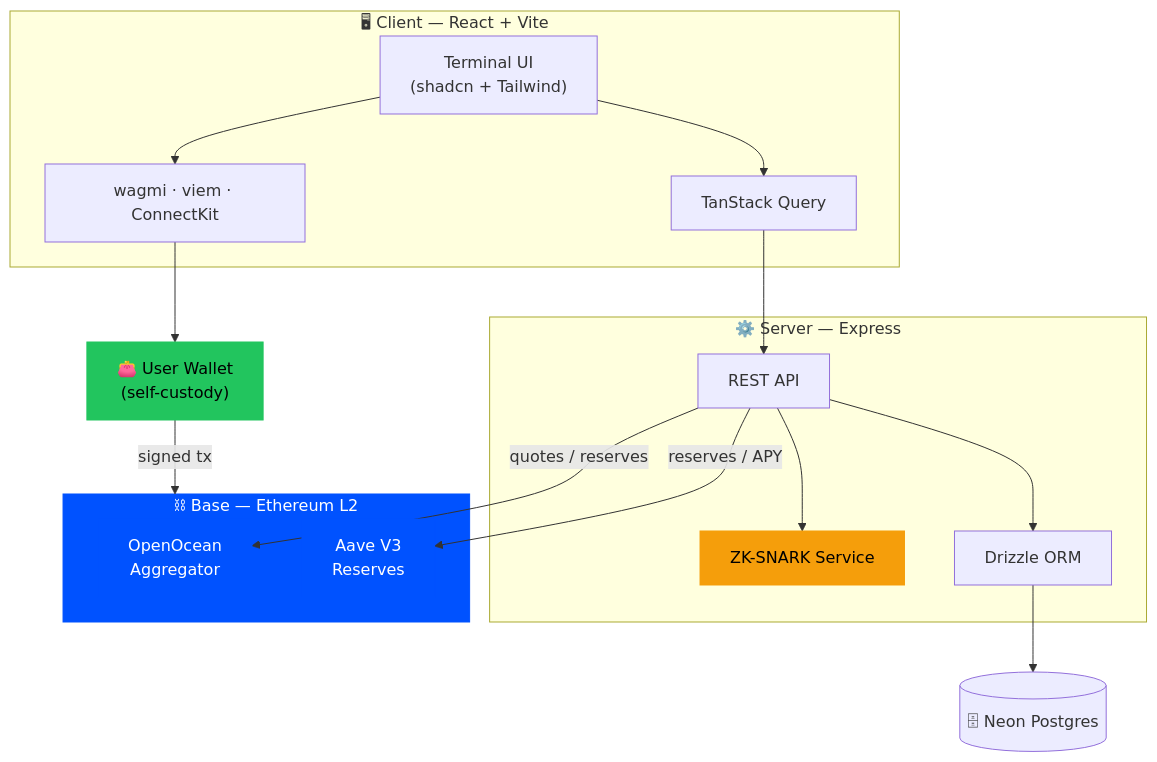
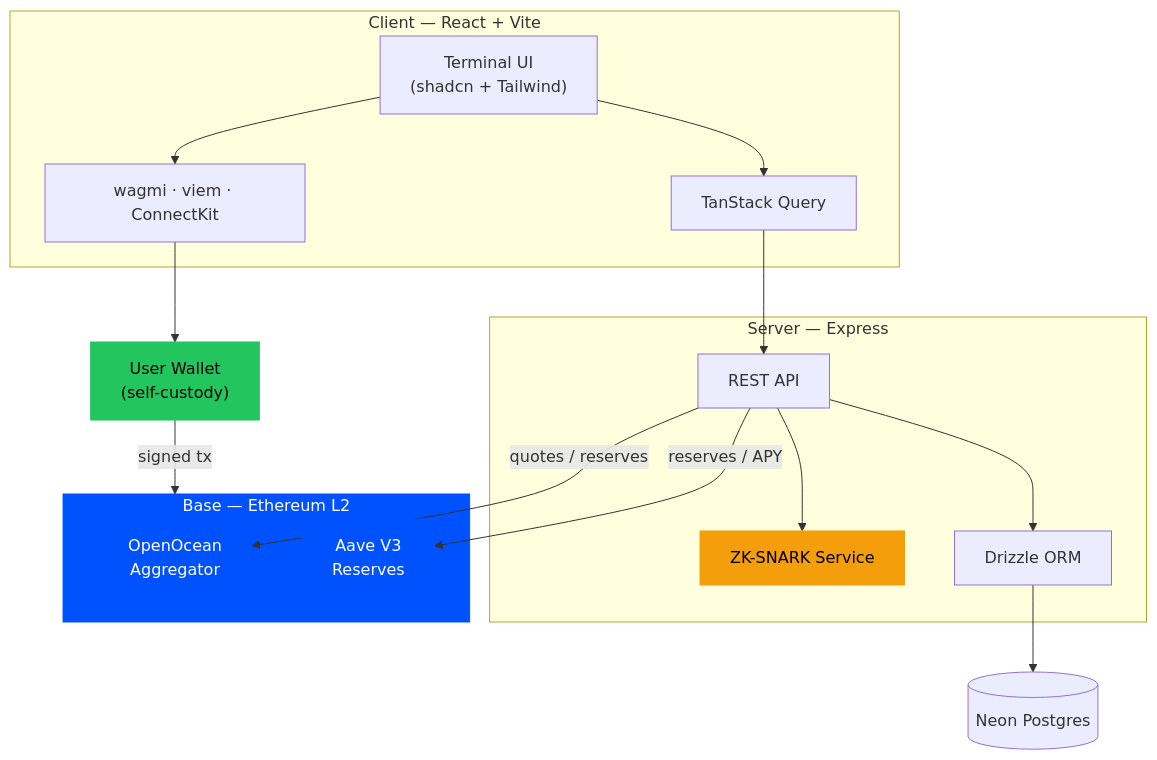
One commit to niurongit/niuron changed the first of 4 diagrams in README.md. Above: the diagram before and after it, drawn with Mermaid. The commit also changed other lines of this file, not shown here.

````diff
--- a/README.md
+++ b/README.md
@@ -137,37 +157,37 @@
 ```mermaid
 flowchart TD
-    subgraph Client["🖥 Client — React + Vite"]
+    subgraph Client["Client — React + Vite"]
         UI["Terminal UI<br/>(shadcn + Tailwind)"]
         Q["TanStack Query"]
         W3["wagmi · viem · ConnectKit"]
     end
 
-    subgraph Server["⚙️ Server — Express"]
+    subgraph Server["Server — Express"]
         API["REST API"]
         ZK["ZK-SNARK Service"]
         STORE["Drizzle ORM"]
     end
 
-    subgraph Chain["⛓ Base — Ethereum L2"]
+    subgraph Chain["Base — Ethereum L2"]
         OO["OpenOcean<br/>Aggregator"]
         AV["Aave V3<br/>Reserves"]
     end
 
-    DB[("🗄 Neon Postgres")]
-    WALLET["👛 User Wallet<br/>(self-custody)"]
+    DB[("Neon Postgres")]
+    WALLET["User Wallet<br/>(self-custody)"]
 
     UI --> Q --> API
     UI --> W3 --> WALLET
     WALLET -->|signed tx| Chain
     API --> ZK
     API --> STORE --> DB
     API -->|quotes / reserves| OO
     API -->|reserves / APY| AV
 
     classDef base fill:#0052FF,stroke:#0052FF,color:#fff;
     classDef green fill:#22c55e,stroke:#22c55e,color:#000;
     classDef amber fill:#f59e0b,stroke:#f59e0b,color:#000;
     class Chain,OO,AV base;
     class WALLET green;
     class ZK amber;
 ```
````
